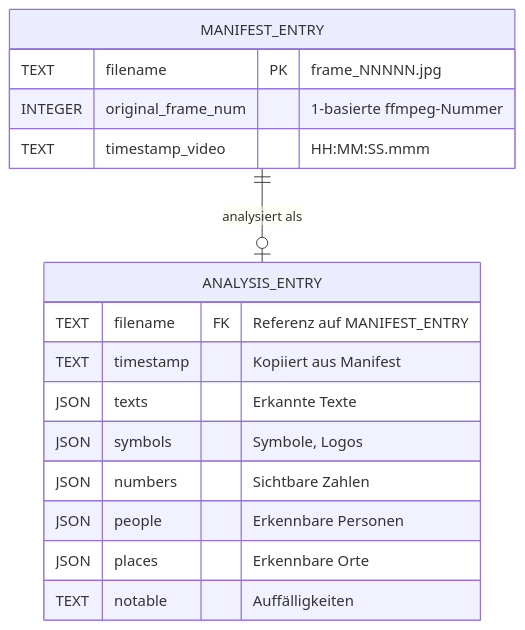
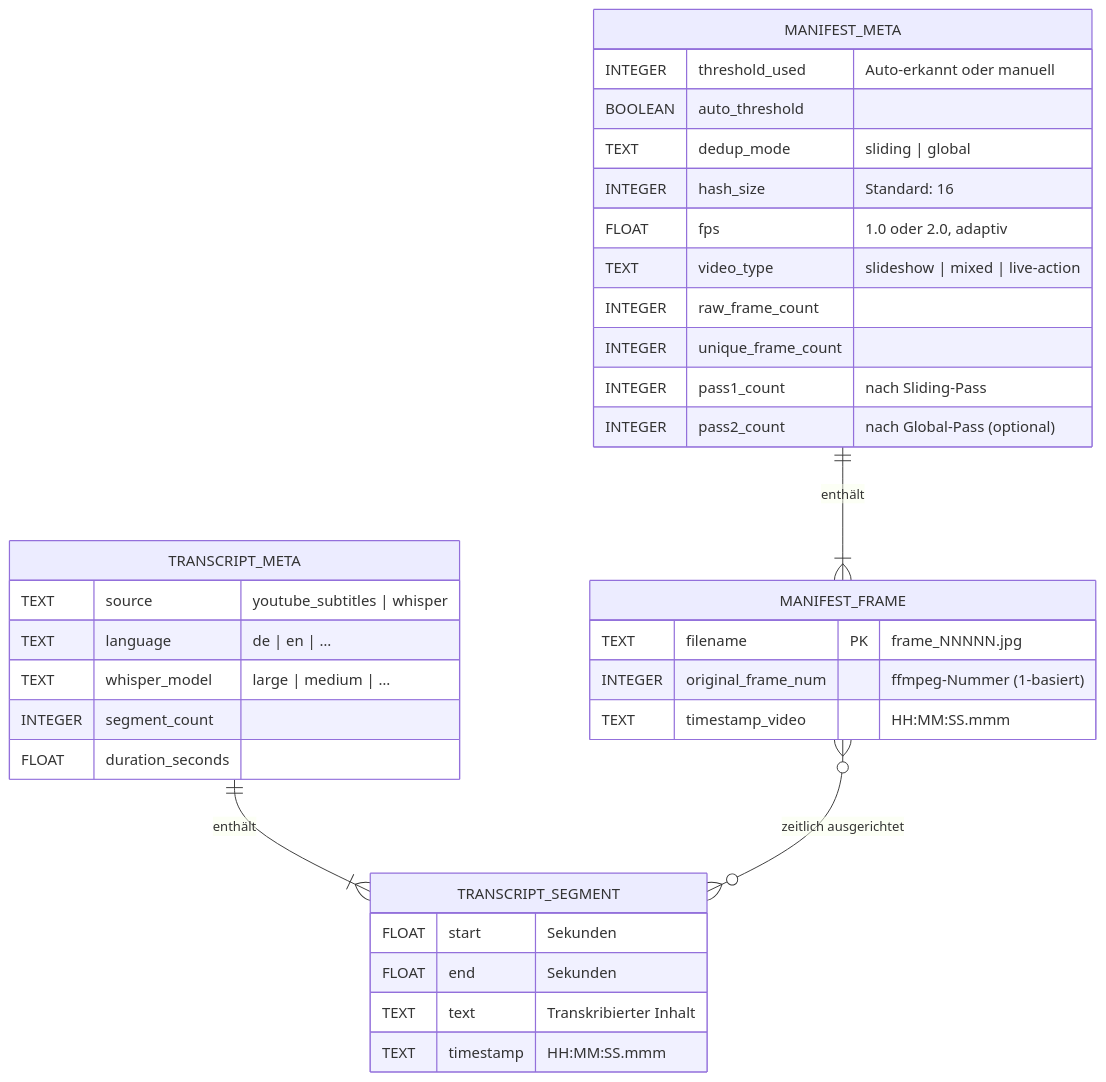
Before and after one commit to thomas0369/frame-sift: the fourth of 7 diagrams in docs/architecture.md, drawn with Mermaid. The commit also changed other lines of this file and 14 other files, not shown here.

````diff
--- a/docs/architecture.md
+++ b/docs/architecture.md
@@ -60,21 +127,40 @@
 ```mermaid
 erDiagram
-    MANIFEST_ENTRY {
+    MANIFEST_META {
+        INTEGER threshold_used "Auto-erkannt oder manuell"
+        BOOLEAN auto_threshold
+        TEXT dedup_mode "sliding | global"
+        INTEGER hash_size "Standard: 16"
+        FLOAT fps "1.0 oder 2.0, adaptiv"
+        TEXT video_type "slideshow | mixed | live-action"
+        INTEGER raw_frame_count
+        INTEGER unique_frame_count
+        INTEGER pass1_count "nach Sliding-Pass"
+        INTEGER pass2_count "nach Global-Pass (optional)"
+    }
+
+    MANIFEST_FRAME {
         TEXT filename PK "frame_NNNNN.jpg"
-        INTEGER original_frame_num "1-basierte ffmpeg-Nummer"
+        INTEGER original_frame_num "ffmpeg-Nummer (1-basiert)"
         TEXT timestamp_video "HH:MM:SS.mmm"
     }
 
-    ANALYSIS_ENTRY {
-        TEXT filename FK "Referenz auf MANIFEST_ENTRY"
-        TEXT timestamp "Kopiiert aus Manifest"
-        JSON texts "Erkannte Texte"
-        JSON symbols "Symbole, Logos"
-        JSON numbers "Sichtbare Zahlen"
-        JSON people "Erkennbare Personen"
-        JSON places "Erkennbare Orte"
-        TEXT notable "Auffälligkeiten"
+    TRANSCRIPT_META {
+        TEXT source "youtube_subtitles | whisper"
+        TEXT language "de | en | …"
+        TEXT whisper_model "large | medium | …"
+        INTEGER segment_count
+        FLOAT duration_seconds
     }
 
-    MANIFEST_ENTRY ||--o| ANALYSIS_ENTRY : "analysiert als"
+    TRANSCRIPT_SEGMENT {
+        FLOAT start "Sekunden"
+        FLOAT end "Sekunden"
+        TEXT text "Transkribierter Inhalt"
+        TEXT timestamp "HH:MM:SS.mmm"
+    }
+
+    MANIFEST_META ||--|{ MANIFEST_FRAME : "enthält"
+    TRANSCRIPT_META ||--|{ TRANSCRIPT_SEGMENT : "enthält"
+    MANIFEST_FRAME }o--o{ TRANSCRIPT_SEGMENT : "zeitlich ausgerichtet"
 ```
````
